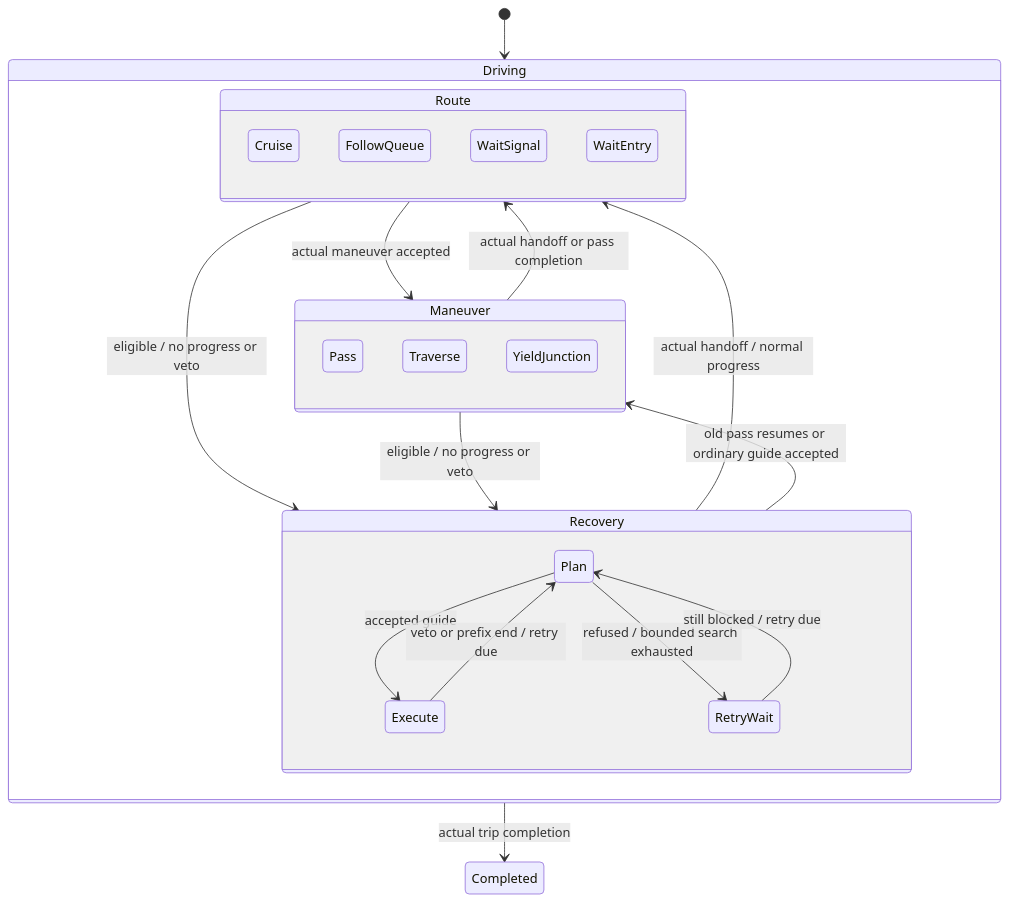
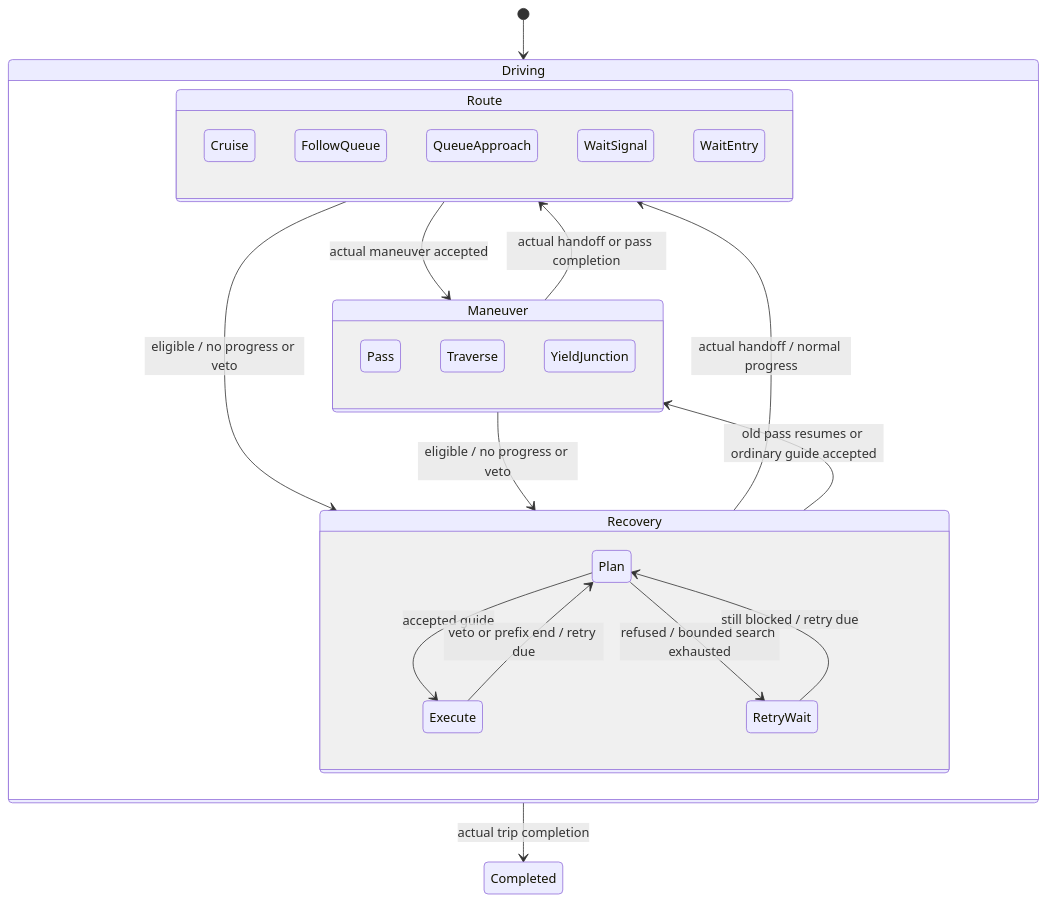
The diagram in docs/DRIVER_ACTORS.md (v36372/traffic), drawn with Mermaid before and after one commit. The commit also changed other lines of this file and 10 other files, not shown here.

````diff
--- a/docs/DRIVER_ACTORS.md
+++ b/docs/DRIVER_ACTORS.md
@@ -23,33 +23,34 @@
 ```mermaid
 stateDiagram-v2
     [*] --> Driving
     state Driving {
         state Route {
             Cruise
             FollowQueue
+            QueueApproach
             WaitSignal
             WaitEntry
         }
         state Maneuver {
             Pass
             Traverse
             YieldJunction
         }
         state Recovery {
             Plan
             Execute
             RetryWait
             Plan --> Execute: accepted guide
             Plan --> RetryWait: refused / bounded search exhausted
             Execute --> Plan: veto or prefix end / retry due
             RetryWait --> Plan: still blocked / retry due
         }
         Route --> Maneuver: actual maneuver accepted
         Maneuver --> Route: actual handoff or pass completion
         Route --> Recovery: eligible / no progress or veto
         Maneuver --> Recovery: eligible / no progress or veto
         Recovery --> Route: actual handoff / normal progress
         Recovery --> Maneuver: old pass resumes or ordinary guide accepted
     }
     Driving --> Completed: actual trip completion
 ```
````
